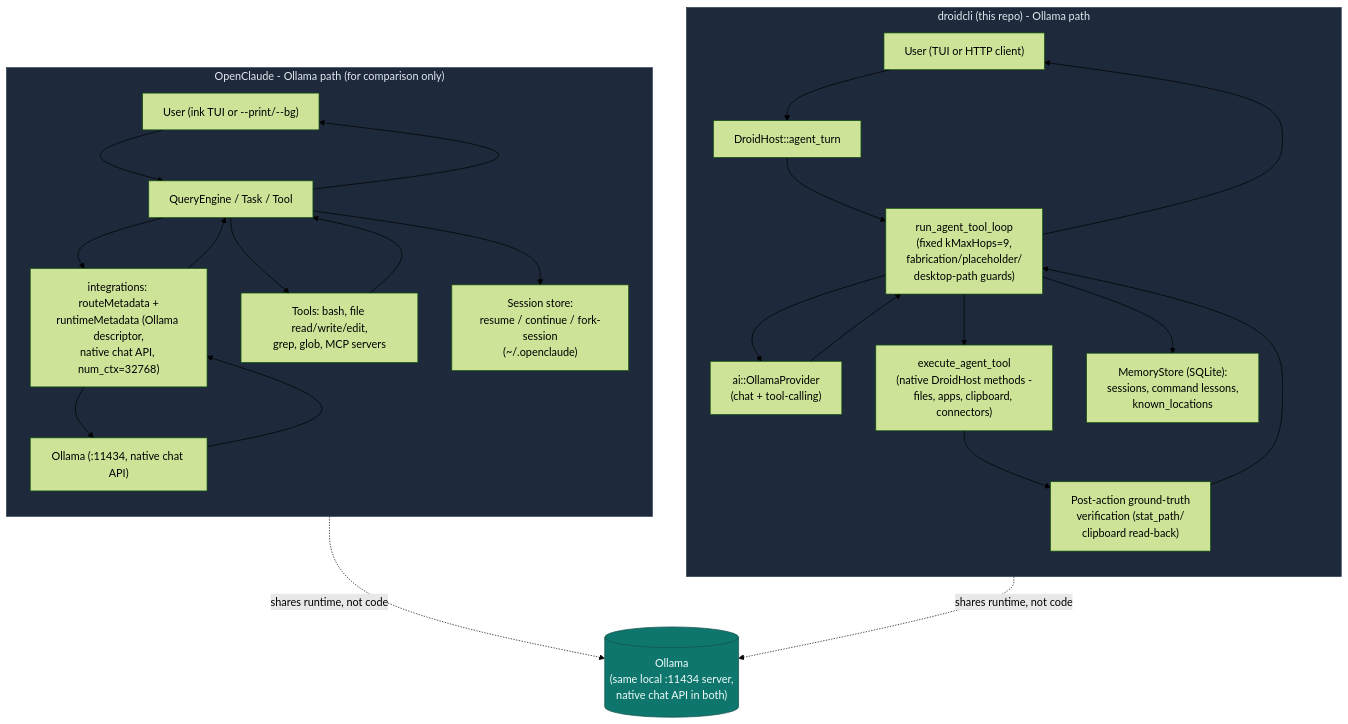
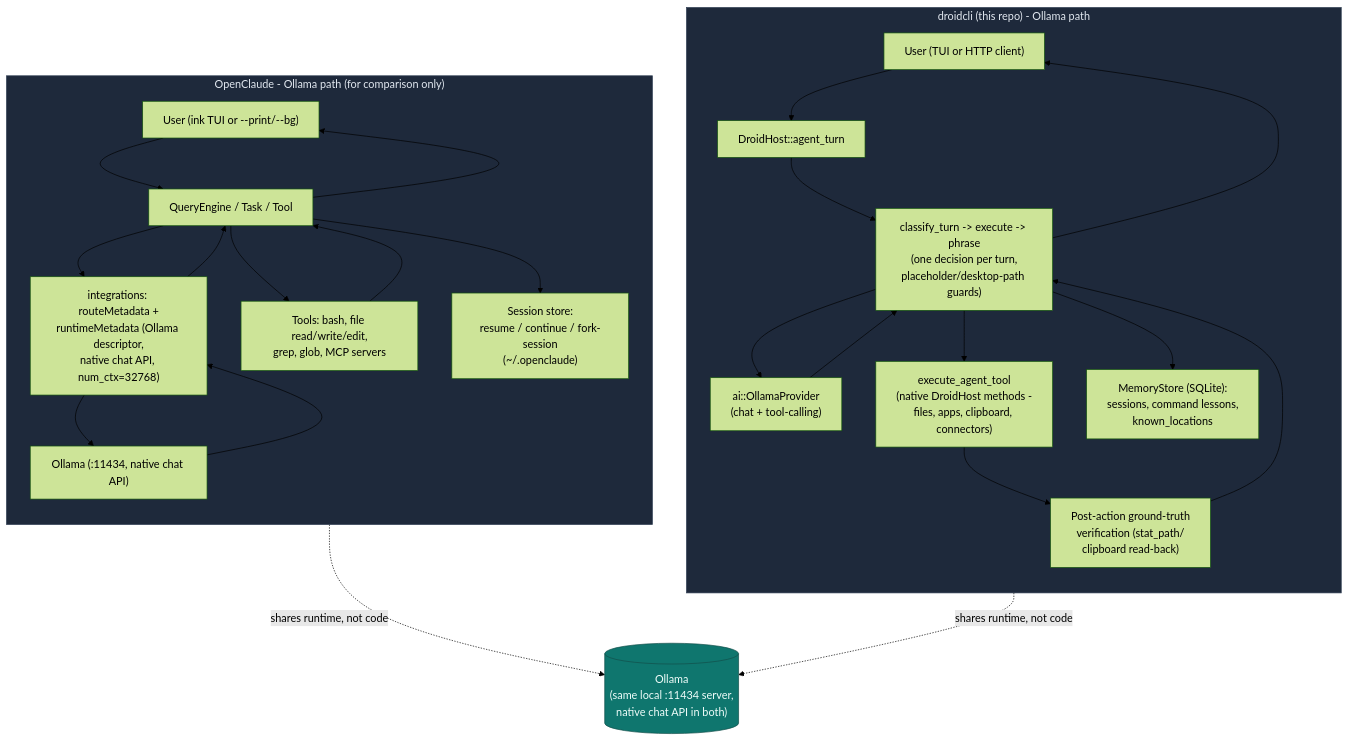
The sixth of 6 diagrams in ARCHITECTURE.md (vecnode/droidcli), drawn with Mermaid (forest theme) before and after one commit. The commit also changed other lines of this file and 15 other files, not shown here.

````diff
--- a/ARCHITECTURE.md
+++ b/ARCHITECTURE.md
@@ -986,44 +1007,44 @@
 ```mermaid
 flowchart TB
     subgraph droidcli["droidcli (this repo) - Ollama path"]
         direction TB
         DUser["User (TUI or HTTP client)"]
         DHost["DroidHost::agent_turn"]
-        DLoop["run_agent_tool_loop\n(fixed kMaxHops=9,\nfabrication/placeholder/\ndesktop-path guards)"]
+        DLoop["classify_turn -> execute -> phrase\n(one decision per turn,\nplaceholder/desktop-path guards)"]
         DOllama["ai::OllamaProvider\n(chat + tool-calling)"]
         DTools["execute_agent_tool\n(native DroidHost methods -\nfiles, apps, clipboard, connectors)"]
         DVerify["Post-action ground-truth\nverification (stat_path/\nclipboard read-back)"]
         DMem["MemoryStore (SQLite):\nsessions, command lessons,\nknown_locations"]
 
         DUser --> DHost --> DLoop
         DLoop --> DOllama
         DOllama --> DLoop
         DLoop --> DTools --> DVerify --> DLoop
         DLoop --> DMem
         DLoop --> DUser
     end
 
     subgraph openclaude["OpenClaude - Ollama path (for comparison only)"]
         direction TB
         OUser["User (ink TUI or --print/--bg)"]
         OQuery["QueryEngine / Task / Tool"]
         ORoute["integrations: routeMetadata +\nruntimeMetadata (Ollama descriptor,\nnative chat API, num_ctx=32768)"]
         OOllama["Ollama (:11434, native chat API)"]
         OTools["Tools: bash, file read/write/edit,\ngrep, glob, MCP servers"]
         OSession["Session store:\nresume / continue / fork-session\n(~/.openclaude)"]
 
         OUser --> OQuery
         OQuery --> ORoute --> OOllama --> ORoute --> OQuery
         OQuery --> OTools --> OQuery
         OQuery --> OSession
         OQuery --> OUser
     end
 
     OllamaShared[("Ollama\n(same local :11434 server,\nnative chat API in both)")]
     DOllama -.shares runtime, not code.-> OllamaShared
     OOllama -.shares runtime, not code.-> OllamaShared
 
     style droidcli fill:#1e293b,color:#e2e8f0,stroke:#334155
     style openclaude fill:#1e293b,color:#e2e8f0,stroke:#334155
     style OllamaShared fill:#0f766e,color:#f0fdfa,stroke:#134e4a
 ```
````
